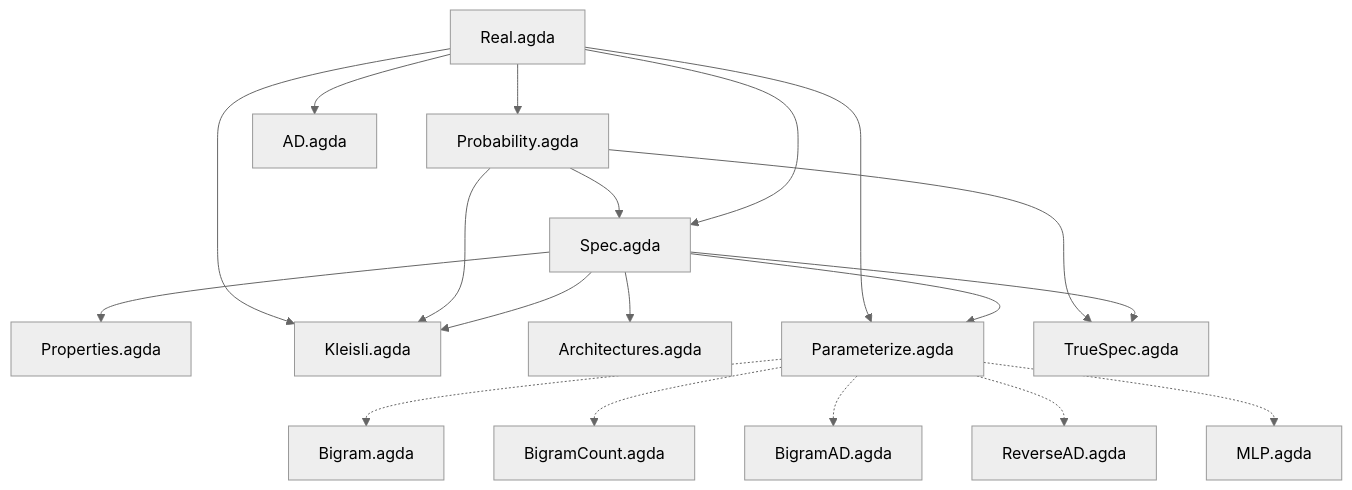
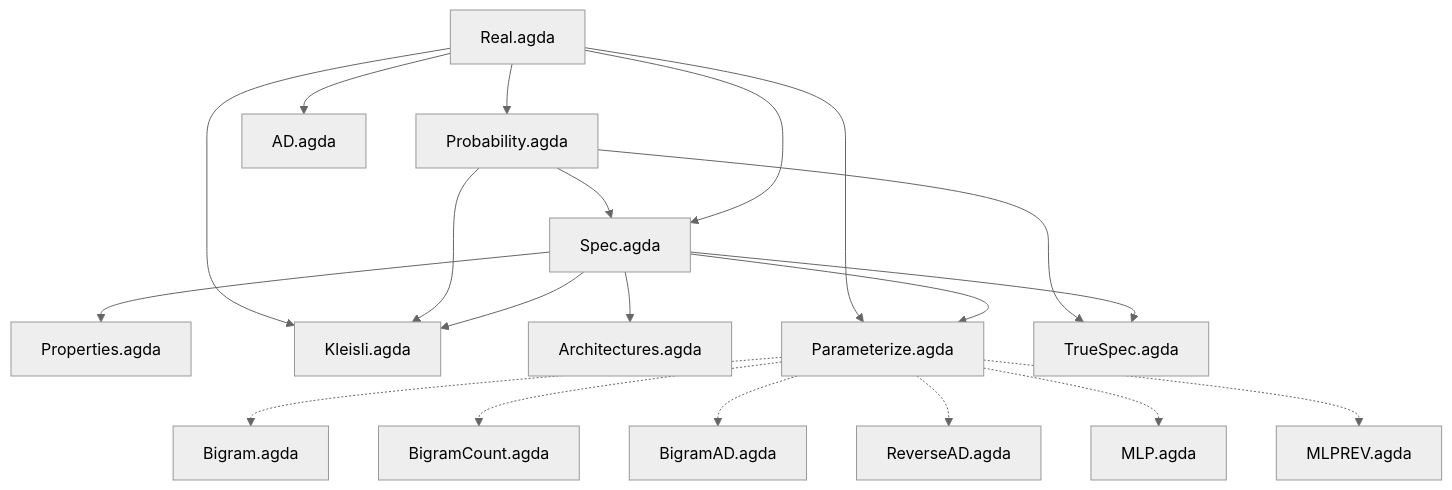
The diagram in README.md (stevekrouse/denotational-llm), drawn with Mermaid (neutral theme) before and after one commit. The commit also changed other lines of this file and 1 other file, not shown here.

First line of the commit message:
Update docs for new MLPREV.agda module: MLP with explicit backprop reverse-mode AD.

````diff
--- a/README.md
+++ b/README.md
@@ -34,21 +34,22 @@
 ```mermaid
 graph TD
     R[Real.agda] --> P[Probability.agda]
     R --> S[Spec.agda]
     P --> S
     S --> Pr[Properties.agda]
     S --> K[Kleisli.agda]
     P --> K
     R --> K
     S --> Ar[Architectures.agda]
     R --> AD[AD.agda]
     S --> Pa[Parameterize.agda]
     R --> Pa
     S --> TS[TrueSpec.agda]
     P --> TS
     Pa -.-> B[Bigram.agda]
     Pa -.-> BC[BigramCount.agda]
     Pa -.-> BAD[BigramAD.agda]
     Pa -.-> RAD[ReverseAD.agda]
     Pa -.-> MLP[MLP.agda]
+    Pa -.-> MLPREV[MLPREV.agda]
 ```
````
